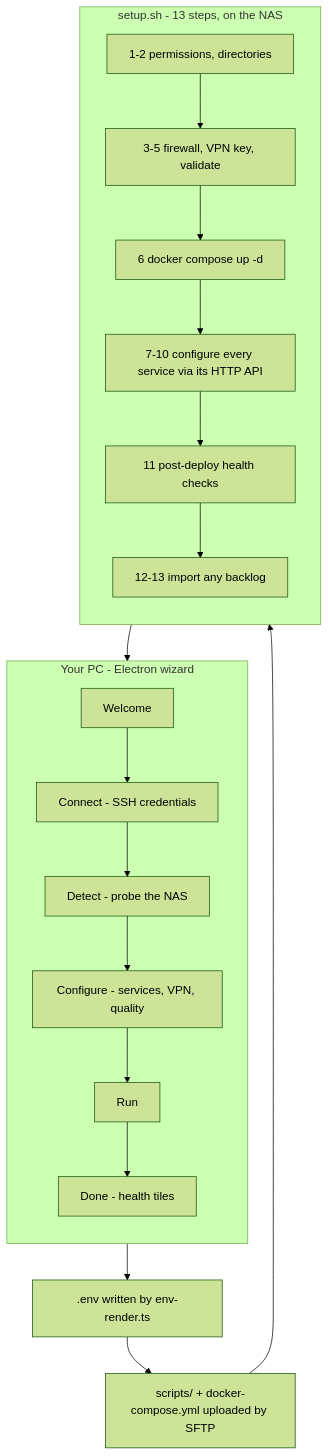
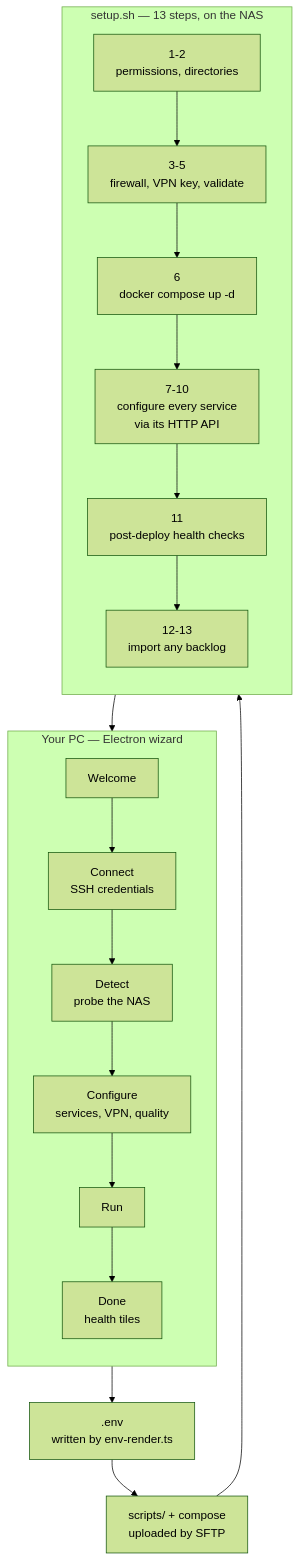
Before and after one commit to defessler/Mediarr-Installer: the fifth of 7 diagrams in site/content/architecture.md, drawn with Mermaid (forest theme). The commit also changed other lines of this file and 5 other files, not shown here.

````diff
--- a/site/content/architecture.md
+++ b/site/content/architecture.md
@@ -152,28 +153,28 @@
 ```mermaid
 flowchart TB
-  subgraph pc["Your PC - Electron wizard"]
+  subgraph pc["Your PC — Electron wizard"]
     direction TB
-    w1["Welcome"] --> w2["Connect - SSH credentials"]
-    w2 --> w3["Detect - probe the NAS"]
-    w3 --> w4["Configure - services, VPN, quality"]
+    w1["Welcome"] --> w2["Connect<br/>SSH credentials"]
+    w2 --> w3["Detect<br/>probe the NAS"]
+    w3 --> w4["Configure<br/>services, VPN, quality"]
     w4 --> w5["Run"]
-    w5 --> w6["Done - health tiles"]
+    w5 --> w6["Done<br/>health tiles"]
   end
 
-  w4 --> envf[".env written by env-render.ts"]
-  envf --> payload["scripts/ + docker-compose.yml uploaded by SFTP"]
+  w4 --> envf[".env<br/>written by env-render.ts"]
+  envf --> payload["scripts/ + compose<br/>uploaded by SFTP"]
   payload --> steps
 
-  subgraph steps["setup.sh - 13 steps, on the NAS"]
+  subgraph steps["setup.sh — 13 steps, on the NAS"]
     direction TB
-    s1["1-2 permissions, directories"]
-    s3["3-5 firewall, VPN key, validate"]
-    s6["6 docker compose up -d"]
-    s7["7-10 configure every service via its HTTP API"]
-    s11["11 post-deploy health checks"]
-    s12["12-13 import any backlog"]
+    s1["1-2<br/>permissions, directories"]
+    s3["3-5<br/>firewall, VPN key, validate"]
+    s6["6<br/>docker compose up -d"]
+    s7["7-10<br/>configure every service<br/>via its HTTP API"]
+    s11["11<br/>post-deploy health checks"]
+    s12["12-13<br/>import any backlog"]
     s1 --> s3 --> s6 --> s7 --> s11 --> s12
   end
 
   steps --> w6
 ```
````
